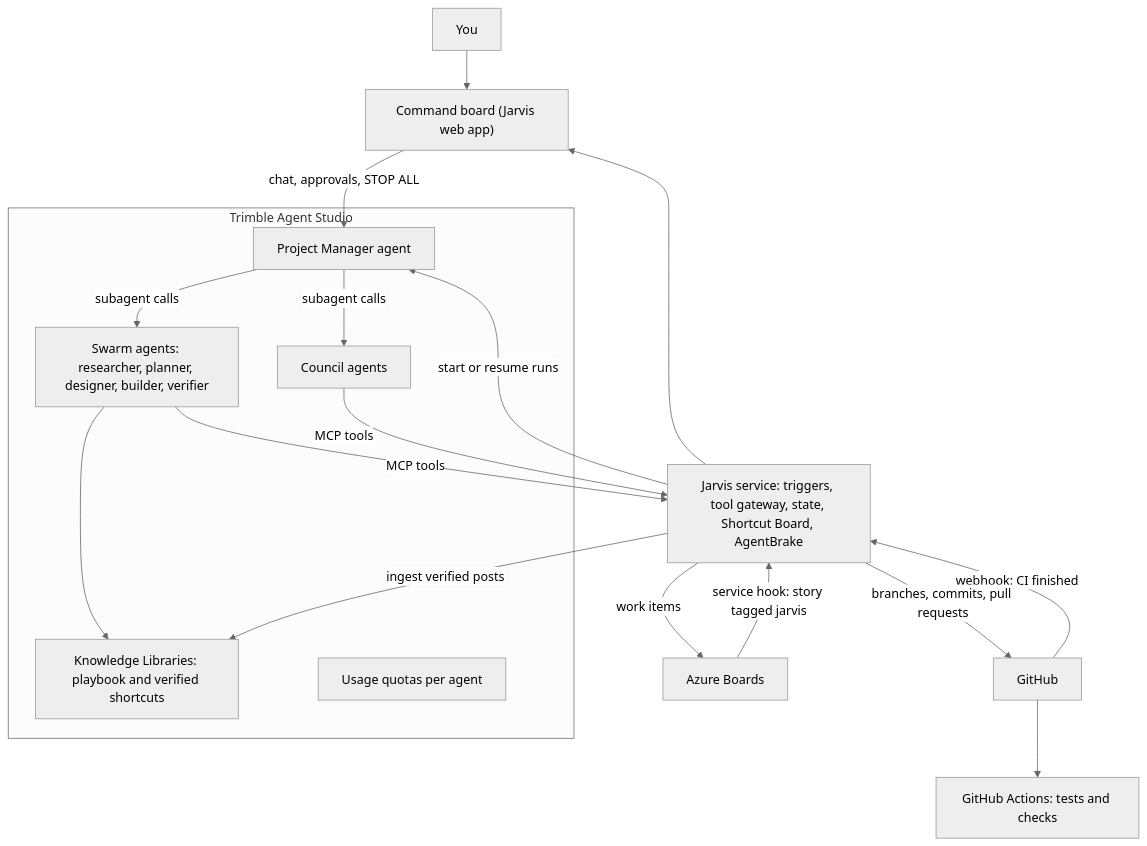
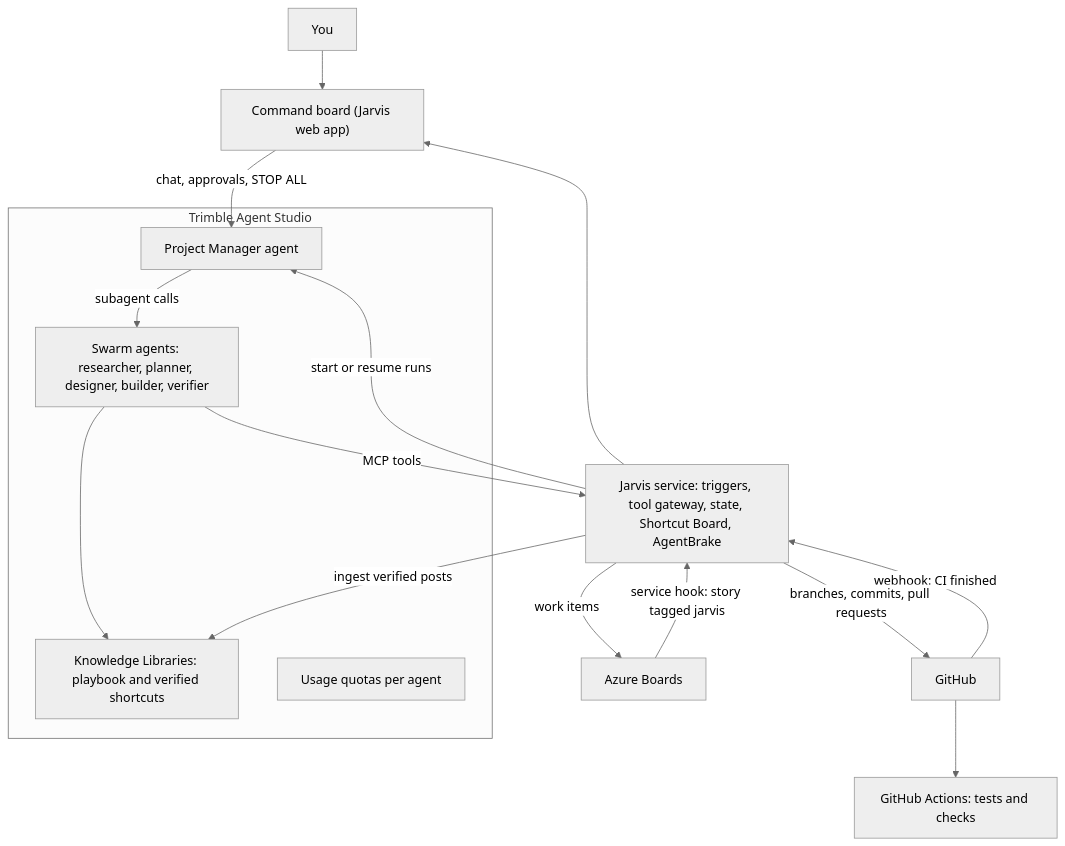
Before and after one commit to Roberto-Trimble/project_jarvis_headquarter: the first of 7 diagrams in docs/PROJECT_JARVIS.md, drawn with Mermaid (neutral theme). The commit also changed other lines of this file and 10 other files, not shown here.

````diff
--- a/docs/PROJECT_JARVIS.md
+++ b/docs/PROJECT_JARVIS.md
@@ -35,22 +34,20 @@
 ```mermaid
 flowchart TD
     You["You"] --> Board["Command board (Jarvis web app)"]
     Board -->|"chat, approvals, STOP ALL"| PM
     AB["Azure Boards"] -->|"service hook: story tagged jarvis"| JS
     GH["GitHub"] -->|"webhook: CI finished"| JS
     JS["Jarvis service: triggers, tool gateway, state, Shortcut Board, AgentBrake"] -->|"start or resume runs"| PM
     subgraph Studio["Trimble Agent Studio"]
         PM["Project Manager agent"] -->|"subagent calls"| Swarm["Swarm agents: researcher, planner, designer, builder, verifier"]
-        PM -->|"subagent calls"| Council["Council agents"]
         KB["Knowledge Libraries: playbook and verified shortcuts"]
         Q["Usage quotas per agent"]
     end
     Swarm --> KB
     Swarm -->|"MCP tools"| JS
-    Council -->|"MCP tools"| JS
     JS -->|"work items"| AB
     JS -->|"branches, commits, pull requests"| GH
     GH --> CI["GitHub Actions: tests and checks"]
     JS -->|"ingest verified posts"| KB
     JS --> Board
 ```
````
